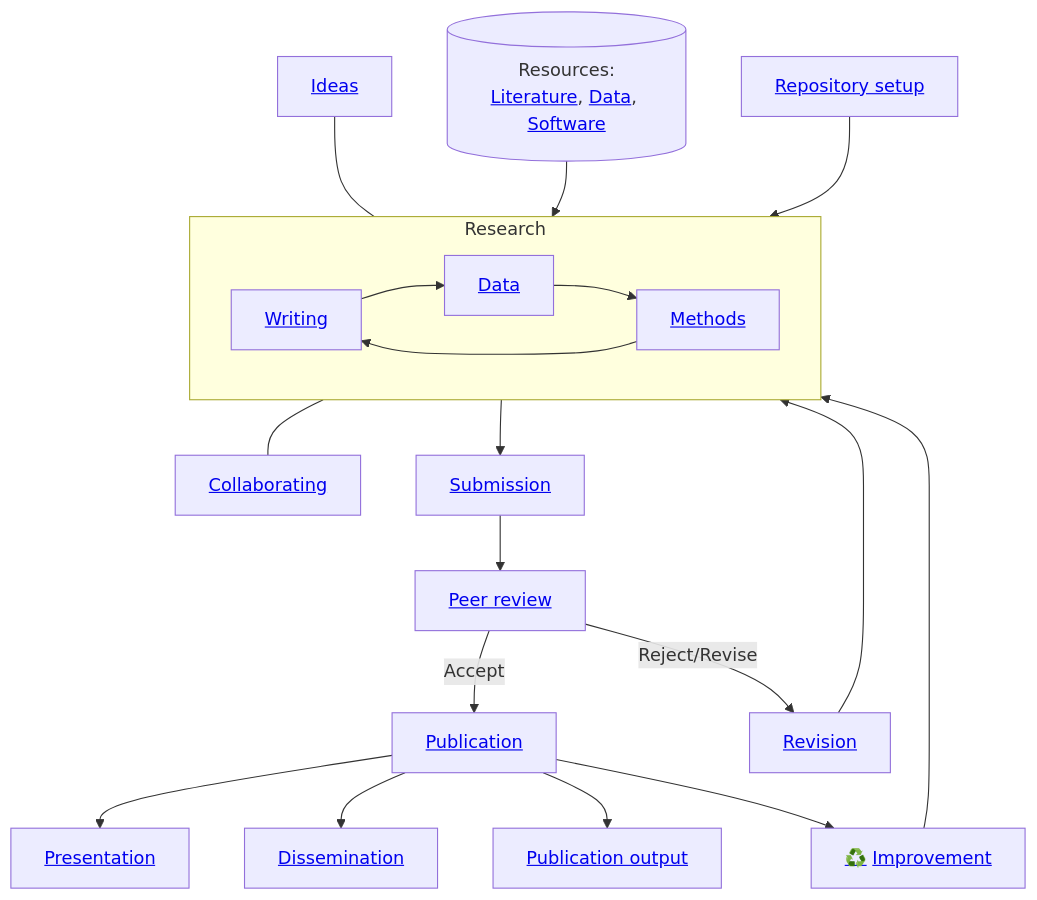
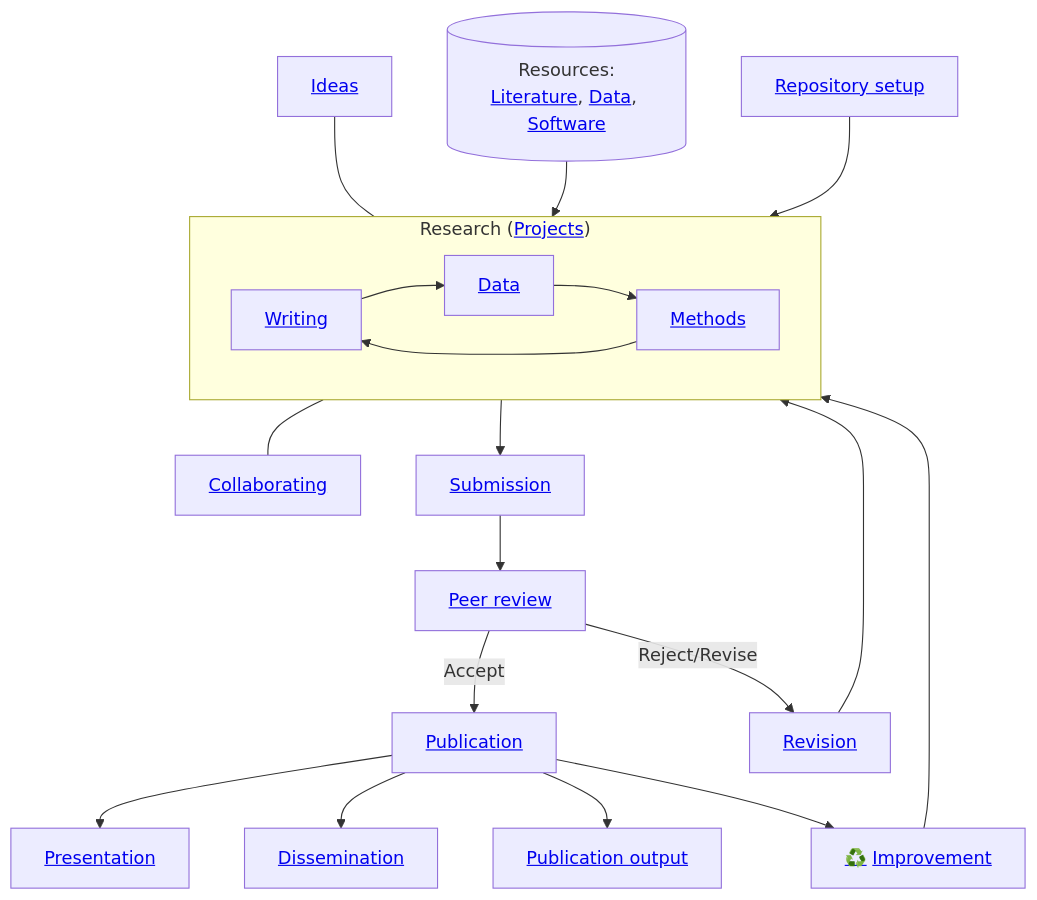
The diagram in docs/20-research/index.md (digital-work-lab/handbook), drawn with Mermaid before and after one commit.

````diff
--- a/docs/20-research/index.md
+++ b/docs/20-research/index.md
@@ -14,24 +14,24 @@
 ```mermaid
 flowchart TB
-    Ideas["<a href='20_processes/20.09.ideas.html'>Ideas</a>"] --- Research["Research (<a href='25-projects.html'>Projects</a>)"]
-    subgraph Research
+    Ideas["<a href='20_processes/20.09.ideas.html'>Ideas</a>"] --- Research
+    subgraph Research["Research (<a href='25-projects.html'>Projects</a>)"]
         Writing["<a href='20_processes/20.29.writing.html'>Writing</a>"] --> Data
         Methods["<a href='20_processes/20.18.methods.html'>Methods</a>"] --> Writing
         Data["<a href='20_processes/20.17.data.html'>Data</a>"] --> Methods
     end
 
     Research --- Collaborating["<a href='20_processes/20.16.collaboration.html'>Collaborating</a>"]
 
     Resources[("Resources:<br><a href='22-literature.html'>Literature</a>, <a href='23-data.html'>Data</a>, <a href='24-software.html'>Software</a>")] --> Research
     Setup["<a href='20_processes/20.15.repo-setup.html'>Repository setup</a>"] --> Research
     Research --> Submission["<a href='20_processes/20.30.pre-submission.html'>Submission</a>"]
     Submission --> Review["<a href='../50-service/50_processes/50.10.reviewer.html'>Peer review</a>"]
     Review -->|Accept| Publication["<a href='20_processes/20.33.publication.html'>Publication</a>"]
     Review -->|Reject/Revise| Revise["<a href='20_processes/20.32.revision.html'>Revision</a>"]
     Revise --> Research
     
     Publication --> Presentation["<a href='20_processes/20.28.presentation.html'>Presentation</a>"]
     Publication --> Dissemination["<a href='20_processes/20.34.dissemination.html'>Dissemination</a>"]
     Publication --> PublicationOutput["<a href='29-publications.html'>Publication output</a>"]
     Publication --> Improvement["<a href='../10-lab/10_processes/10.01.goals.html'>♻️</a> <a href='20_processes/20.35.improvement.html'>Improvement</a>"] --> Research
 ```
````
